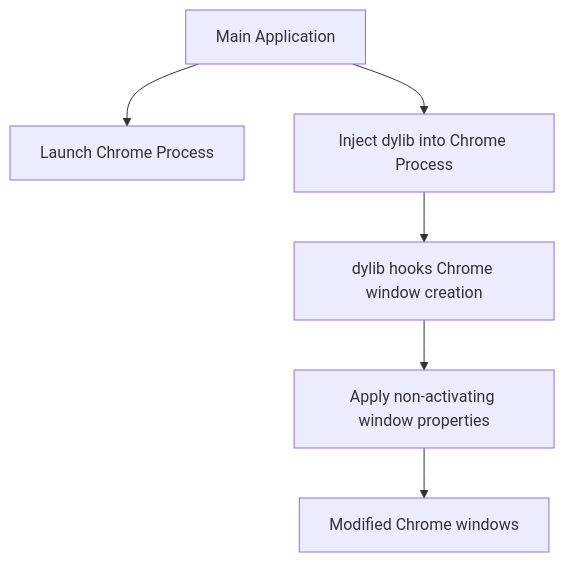
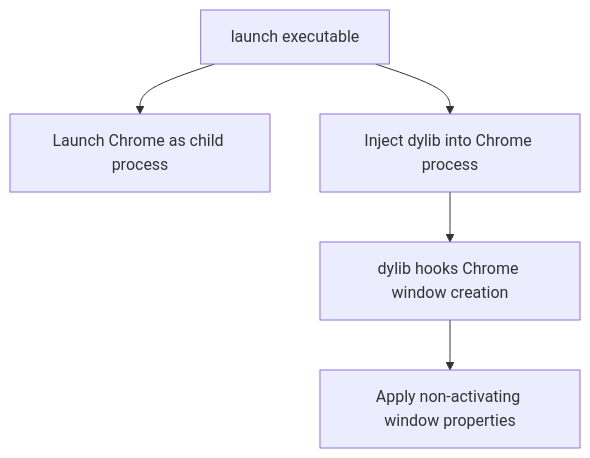
Before and after one commit to ohio0987654321/NonActivating-Window-Demo: the diagram in PLAN.md, drawn with Mermaid. The commit also changed other lines of this file, not shown here.

````diff
--- a/PLAN.md
+++ b/PLAN.md
@@ -14,8 +14,7 @@
 ```mermaid
 graph TD
-    A[Main Application] --> B[Launch Chrome Process]
-    A --> C[Inject dylib into Chrome Process]
+    A[launch executable] --> B[Launch Chrome as child process]
+    A --> C[Inject dylib into Chrome process]
     C --> D[dylib hooks Chrome window creation]
     D --> E[Apply non-activating window properties]
-    E --> F[Modified Chrome windows]
 ```
````
